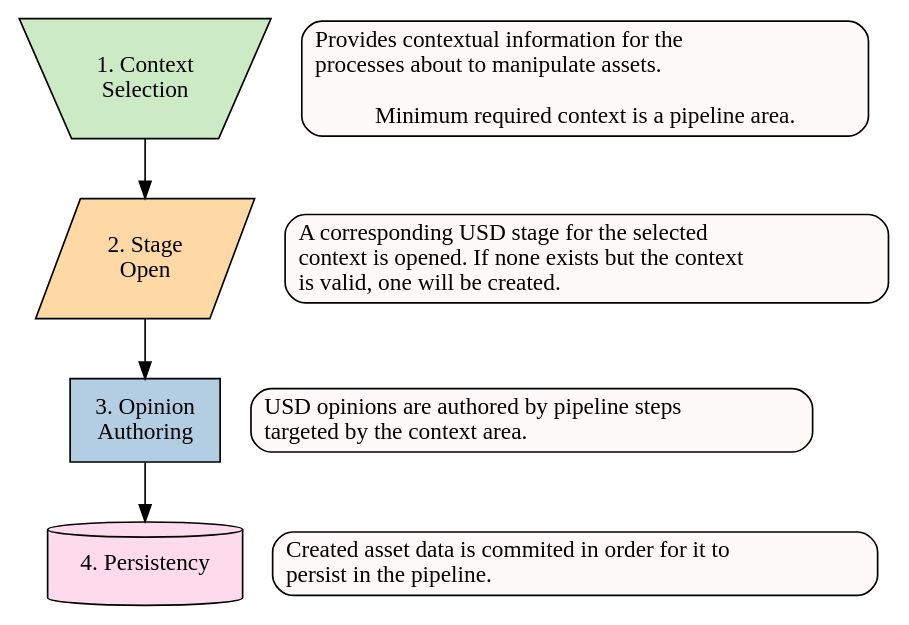
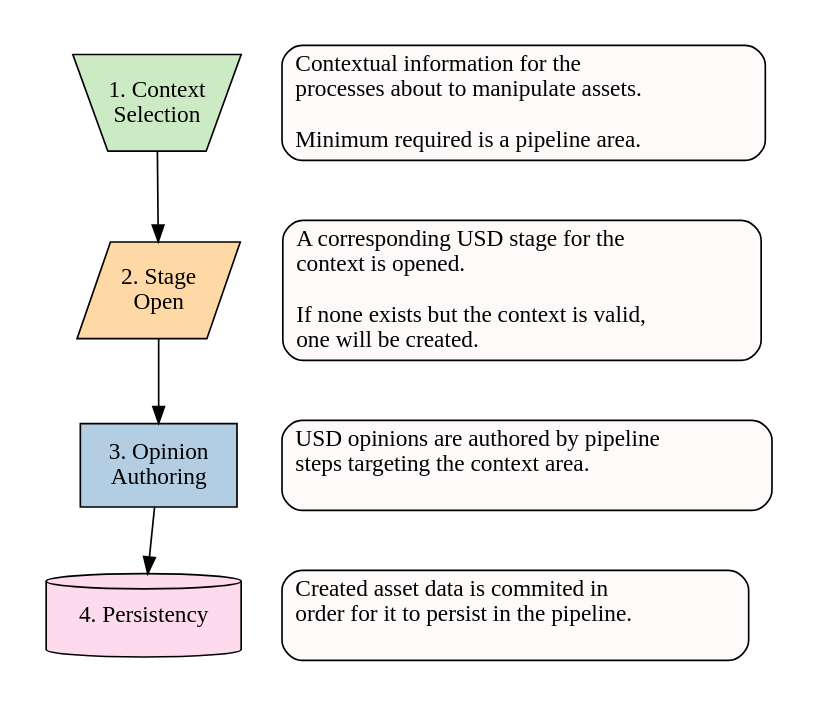
Before and after one commit to thegrill/grill: the diagram in docs/source/data_creation.dot, drawn with Graphviz.

Commit message:
use subgraphs for layout

```diff
--- a/docs/source/data_creation.dot
+++ b/docs/source/data_creation.dot
@@ -1,25 +1,30 @@
 digraph data_creation {
     bgcolor=invis
-    {
+    newrank=true
+    subgraph cluster_steps {
+        color=invis
+        node [colorscheme=pastel19 style=filled]
+        context [shape=invtrapezium fillcolor=3 label="1. Context\nSelection" height=.8 width=1.4 fixedsize=true]
+        stage [shape=parallelogram label="2. Stage\nOpen" height=.8 width=1.3 fillcolor=5 fixedsize=true]
+        opinion [shape=box label="3. Opinion\nAuthoring" height=0.7 width=1.3 fillcolor=2]
+        persistency [shape=cylinder label="4. Persistency" height=0.7 width=1.2 fillcolor=8]
+        context -> stage -> opinion -> persistency
+    }
+    subgraph cluster_descriptions{
+        color=invis
         node [shape=box style="rounded,filled" fillcolor=snow]
         context_description stage_description opinion_description persistency_description
-        context_description [label="Provides contextual information for the\lprocesses about to manipulate assets.\l\lMinimum required context is a pipeline area.\n"]
-        stage_description [label="A corresponding USD stage for the selected\lcontext is opened. If none exists but the context\lis valid, one will be created.\l"]
-        opinion_description [label="USD opinions are authored by pipeline steps\ltargeted by the context area.\l"]
-        persistency_description [label="Created asset data is commited in order for it to\lpersist in the pipeline.\l"]
+        context_description [label="Contextual information for the\lprocesses about to manipulate assets.\l\lMinimum required is a pipeline area.\l"]
+        stage_description [label="A corresponding USD stage for the\lcontext is opened.\l\lIf none exists but the context is valid,\lone will be created.\l"]
+        opinion_description [label="USD opinions are authored by pipeline\lsteps targeting the context area.\l\l"]
+        persistency_description [label="Created asset data is commited in\lorder for it to persist in the pipeline.\l\l"]
     }
-    node [colorscheme=pastel19 style=filled]
-    context [shape=invtrapezium fillcolor=3 label="1. Context\nSelection" height=1]
-    stage [shape=parallelogram label="2. Stage\nOpen" height=1 fillcolor=5]
-    opinion [shape=box label="3. Opinion\nAuthoring" height=0.7 width=1.2 fillcolor=2]
-    persistency [shape=cylinder label="4. Persistency" height=0.7 width=1.2 fillcolor=8]
-    context -> stage -> opinion -> persistency
     context -> context_description [style=invis]
     {rank=same context context_description}
     stage -> stage_description [style=invis]
     {rank=same stage stage_description}
     opinion -> opinion_description [style=invis]
     {rank=same opinion opinion_description}
     persistency -> persistency_description [style=invis]
     {rank=same persistency persistency_description}
 }
```
